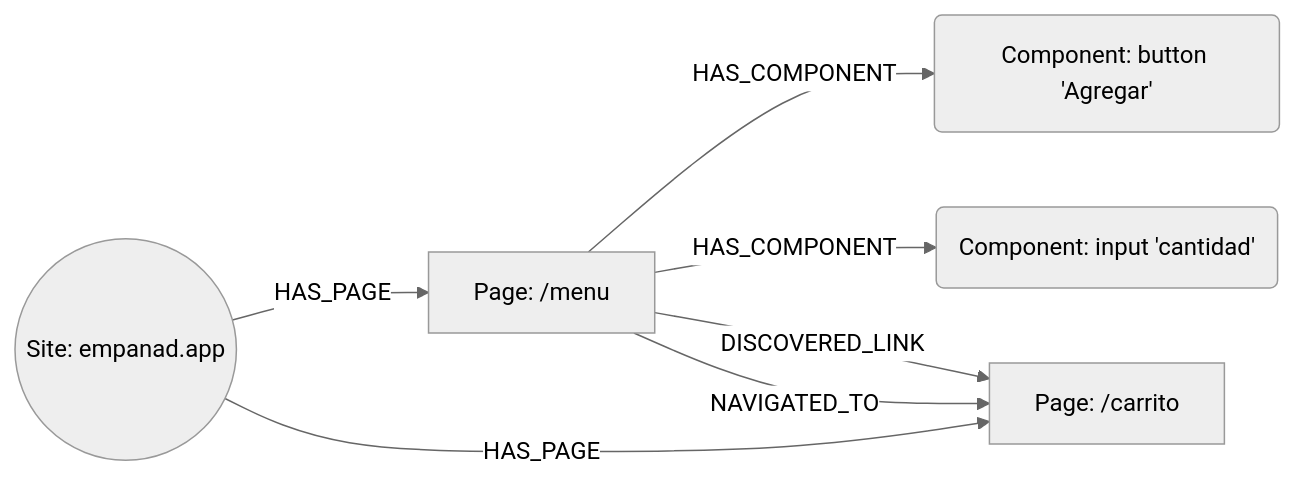
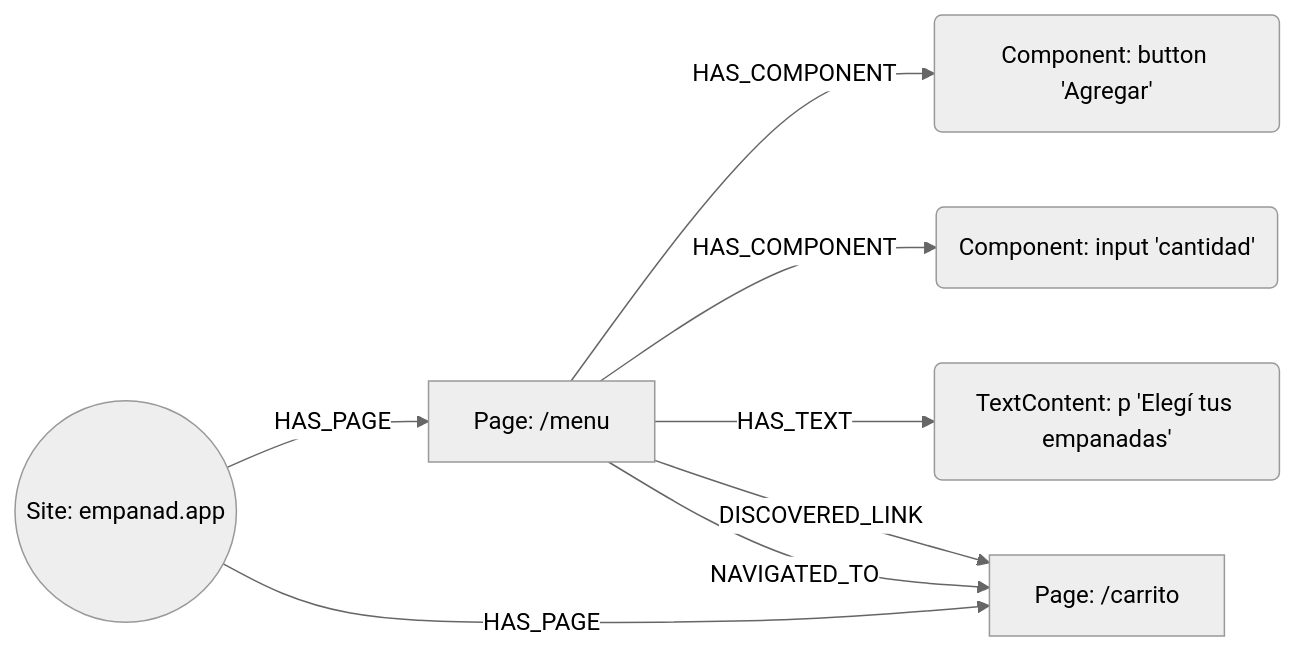
One commit to ezequielrickert/pragma changed the diagram in docs/explicativos/neo4j.md. Above: the diagram before and after it, drawn with Mermaid (neutral theme). The commit also changed other lines of this file and 16 other files, not shown here.

````diff
--- a/docs/explicativos/neo4j.md
+++ b/docs/explicativos/neo4j.md
@@ -40,9 +39,10 @@
 ```mermaid
 graph LR
   S((Site: empanad.app)) -- HAS_PAGE --> A[Page: /menu]
   S -- HAS_PAGE --> B[Page: /carrito]
   A -- HAS_COMPONENT --> C1(Component: button 'Agregar')
   A -- HAS_COMPONENT --> C2(Component: input 'cantidad')
+  A -- HAS_TEXT --> T1(TextContent: p 'Elegí tus empanadas')
   A -- DISCOVERED_LINK --> B
   A -- NAVIGATED_TO --> B
 ```
````
